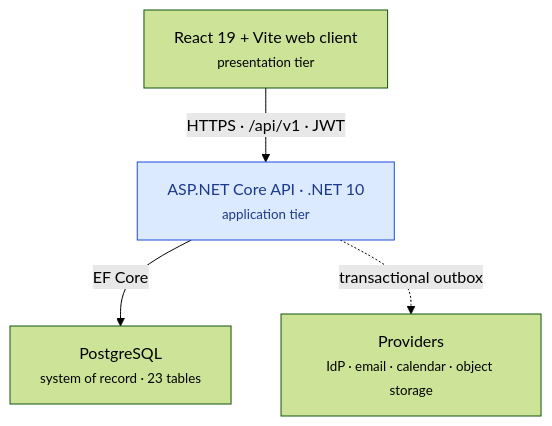
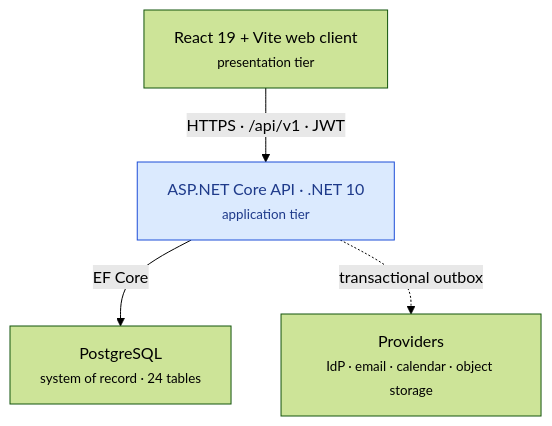
One commit to nvdat16/QLNS changed the fourth of 8 diagrams in README.md. Above: the diagram before and after it, drawn with Mermaid (forest theme). The commit also changed other lines of this file and 8 other files, not shown here.

````diff
--- a/README.md
+++ b/README.md
@@ -346,14 +346,14 @@
 ```mermaid
 flowchart TD
     A["React 19 + Vite web client<br/><small>presentation tier</small>"]
     B["ASP.NET Core API · .NET 10<br/><small>application tier</small>"]
-    C["PostgreSQL<br/><small>system of record · 23 tables</small>"]
+    C["PostgreSQL<br/><small>system of record · 24 tables</small>"]
     D["Providers<br/><small>IdP · email · calendar · object storage</small>"]
 
     A -->|HTTPS · /api/v1 · JWT| B
     B -->|EF Core| C
     B -.->|transactional outbox| D
 
     classDef tier fill:#dbeafe,stroke:#1d4ed8,color:#1e3a8a
     class B tier
 ```
````
